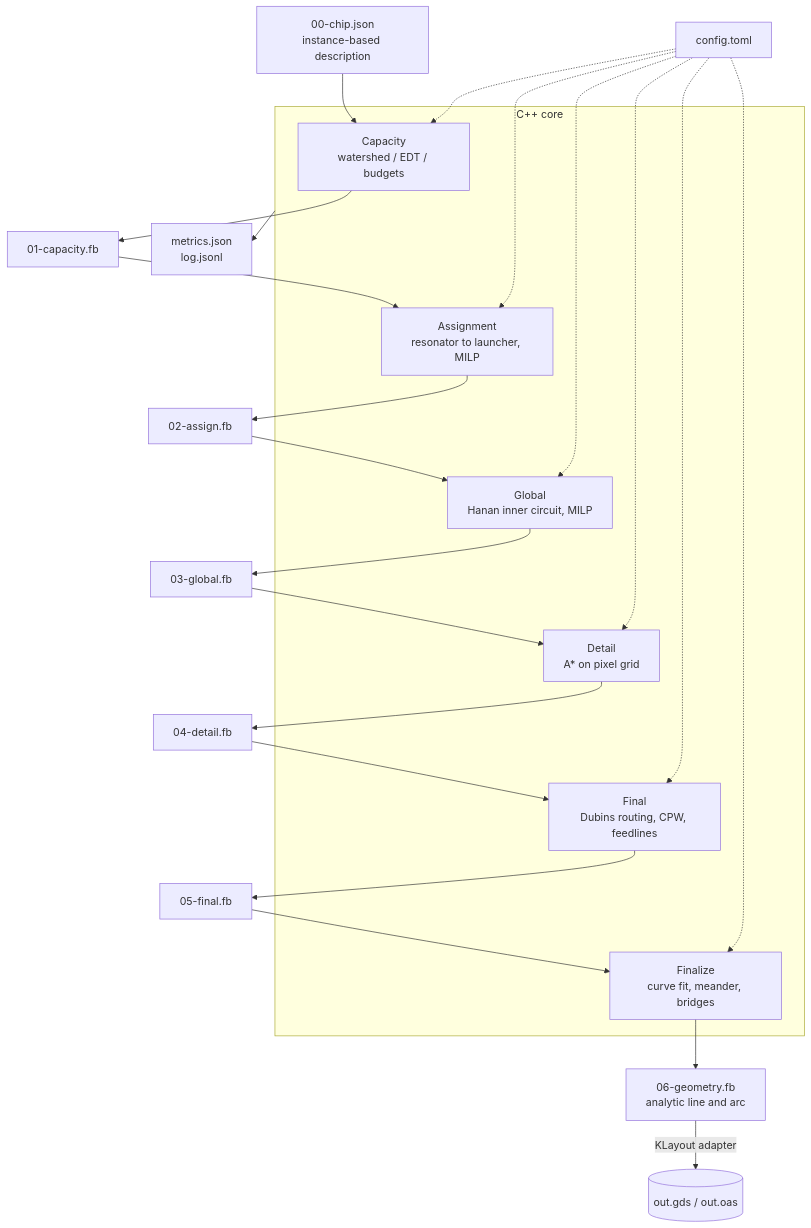
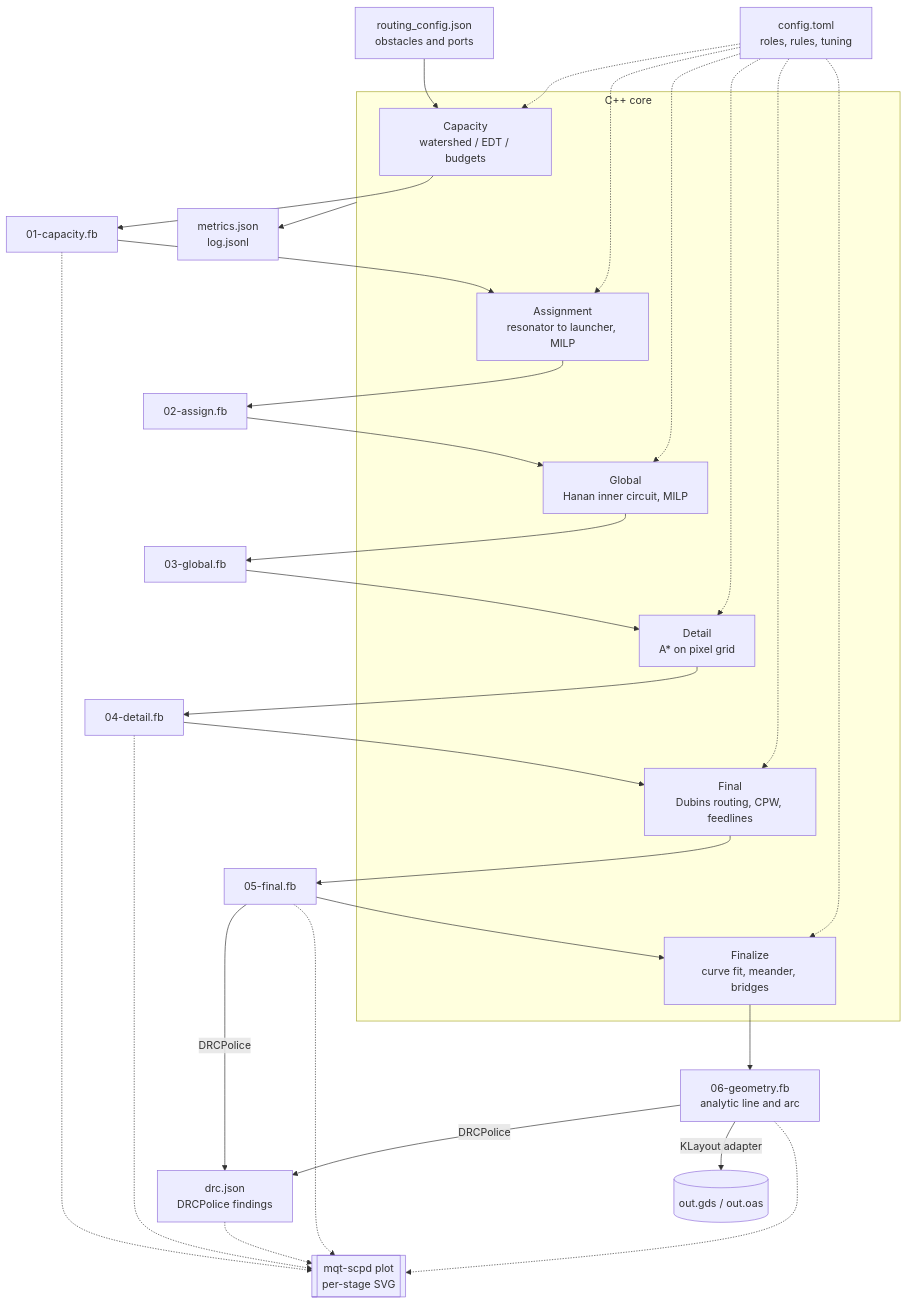
The second of 5 diagrams in ARCHITECTURE.md (munich-quantum-toolkit/scpd), drawn with Mermaid before and after one commit. The commit also changed other lines of this file and 18 other files, not shown here.

Commit message:
📝 Changed Architecture for review ready version

````diff
--- a/ARCHITECTURE.md
+++ b/ARCHITECTURE.md
@@ -68,28 +72,34 @@
 ```mermaid
 flowchart TD
-  chip[00-chip.json<br/>instance-based description]
-  cfg[config.toml]
+  chip[routing_config.json<br/>obstacles and ports]
+  cfg[config.toml<br/>roles, rules, tuning]
 
   subgraph core["C++ core"]
     cap[Capacity<br/>watershed / EDT / budgets]
     asg[Assignment<br/>resonator to launcher, MILP]
     glb[Global<br/>Hanan inner circuit, MILP]
     det[Detail<br/>A* on pixel grid]
     fin[Final<br/>Dubins routing, CPW, feedlines]
     geo[Finalize<br/>curve fit, meander, bridges]
   end
 
   a1[01-capacity.fb]
   a2[02-assign.fb]
   a3[03-global.fb]
   a4[04-detail.fb]
   a5[05-final.fb]
   a6[06-geometry.fb<br/>analytic line and arc]
   met[metrics.json<br/>log.jsonl]
+  drc[drc.json<br/>DRCPolice findings]
   gds[(out.gds / out.oas)]
+
+  svg[["mqt-scpd plot<br/>per-stage SVG"]]
 
   chip --> cap --> a1 --> asg --> a2 --> glb --> a3 --> det --> a4 --> fin --> a5 --> geo --> a6
   cfg -.-> cap & asg & glb & det & fin & geo
   core --> met
+  a5 & a6 -->|DRCPolice| drc
   a6 -->|KLayout adapter| gds
+  a1 & a4 & a5 & a6 -.-> svg
+  drc -.-> svg
 ```
````
